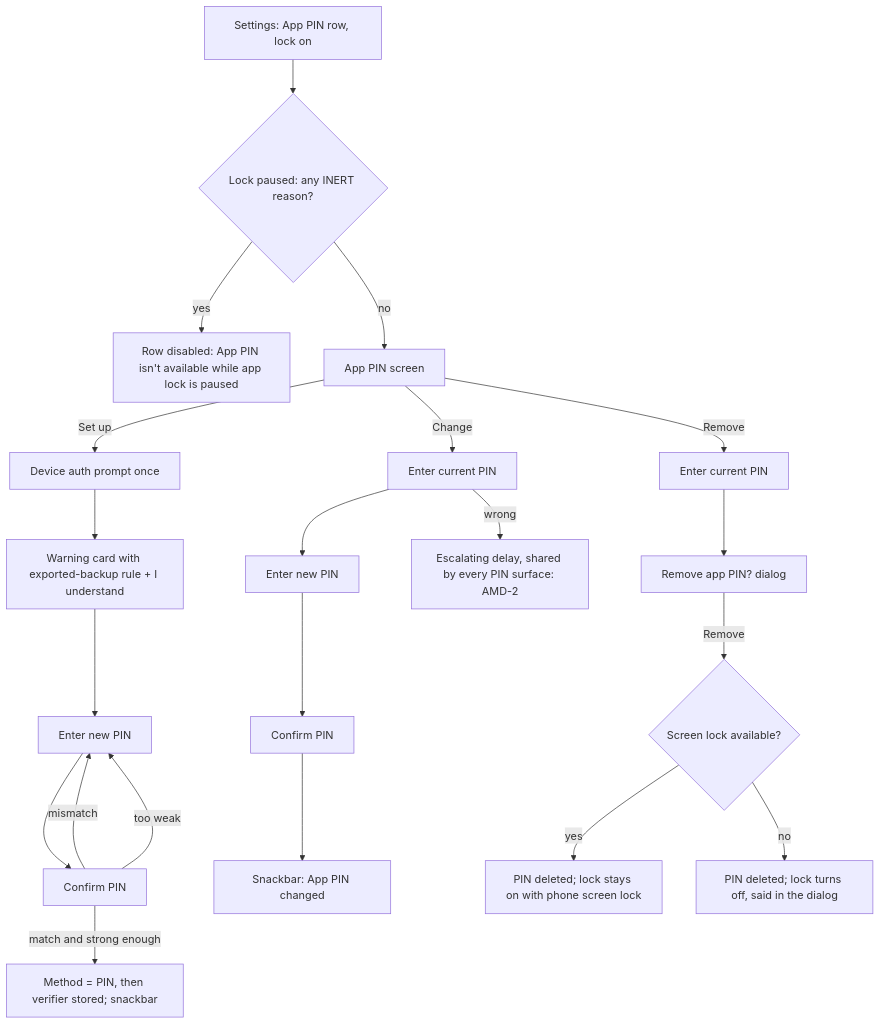
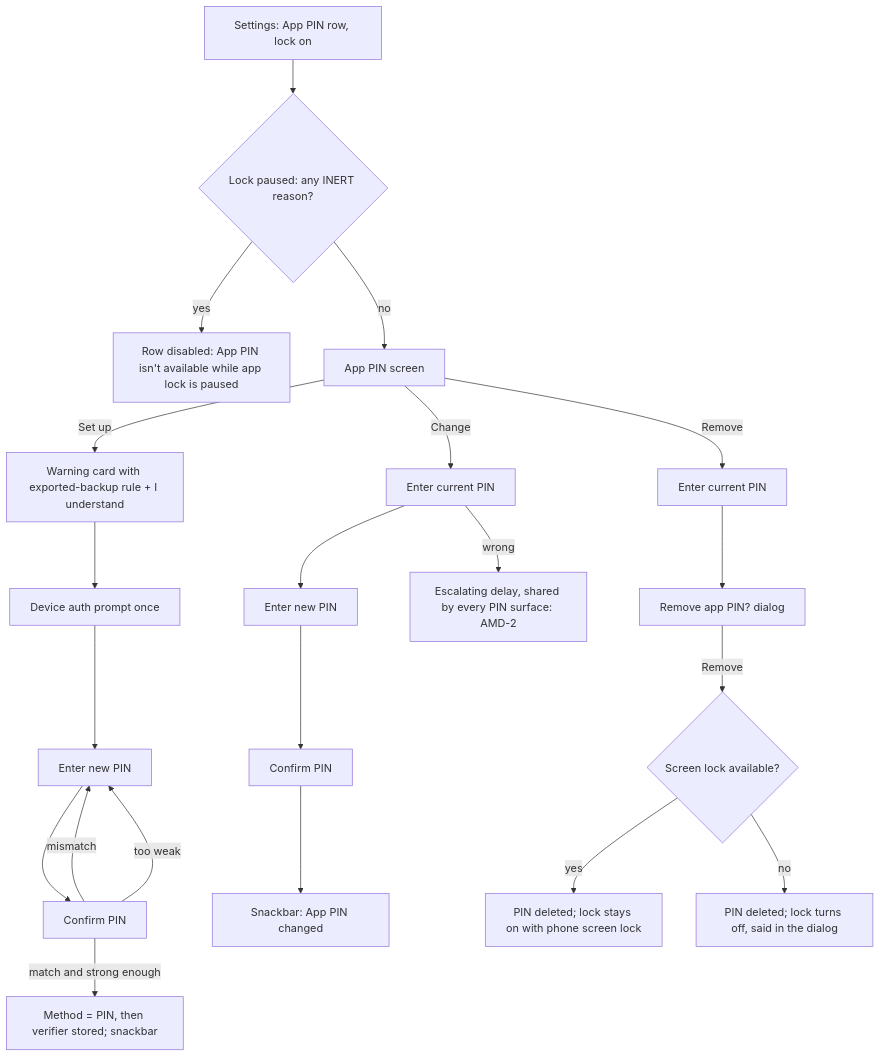
The seventh of 8 diagrams in docs/features/app-lock-privacy-mode/ux-flows.md (panospao7/Cost-agregator), drawn with Mermaid before and after one commit. The commit also changed 23 other files, not shown here.

````diff
--- a/docs/features/app-lock-privacy-mode/ux-flows.md
+++ b/docs/features/app-lock-privacy-mode/ux-flows.md
@@ -989,15 +989,15 @@
 ```mermaid
 flowchart TD
     R[Settings: App PIN row, lock on] --> Q{Lock paused: any INERT reason?}
     Q -- yes --> UN[Row disabled: App PIN isn't available while app lock is paused]
     Q -- no --> S[App PIN screen]
-    S -- Set up --> DA[Device auth prompt once] --> W[Warning card with exported-backup rule + I understand] --> N[Enter new PIN] --> C[Confirm PIN]
+    S -- Set up --> W[Warning card with exported-backup rule + I understand] --> DA[Device auth prompt once] --> N[Enter new PIN] --> C[Confirm PIN]
     C -- match and strong enough --> OK[Method = PIN, then verifier stored; snackbar]
     C -- mismatch --> N
     C -- too weak --> N
     S -- Change --> CUR[Enter current PIN] --> N2[Enter new PIN] --> C2[Confirm PIN] --> OK2[Snackbar: App PIN changed]
     S -- Remove --> CUR2[Enter current PIN] --> D[Remove app PIN? dialog] -- Remove --> M2{Screen lock available?}
     M2 -- yes --> M3[PIN deleted; lock stays on with phone screen lock]
     M2 -- no --> M4[PIN deleted; lock turns off, said in the dialog]
     CUR -- wrong --> DELAY[Escalating delay, shared by every PIN surface: AMD-2]
 ```
````
